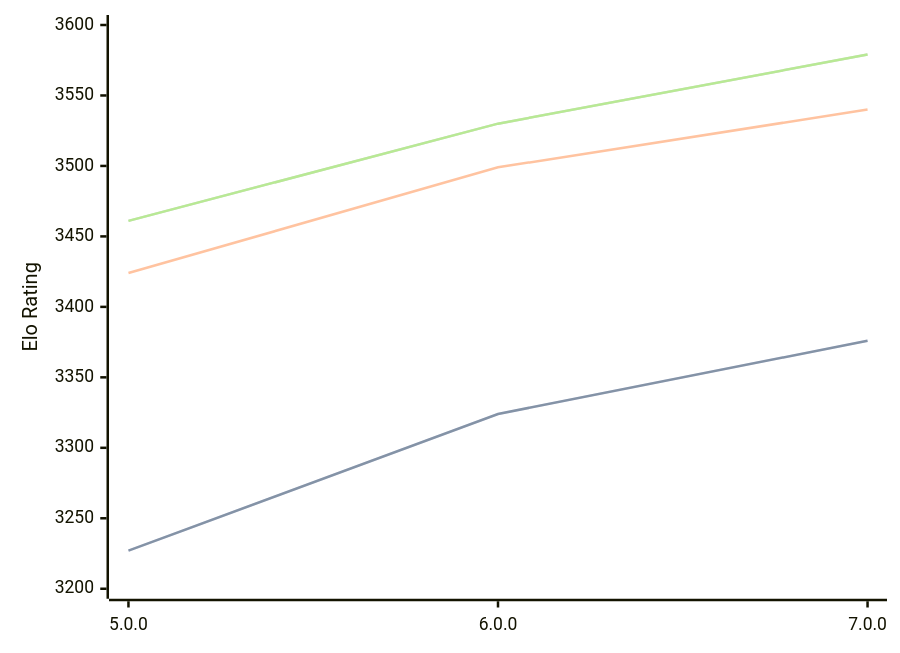
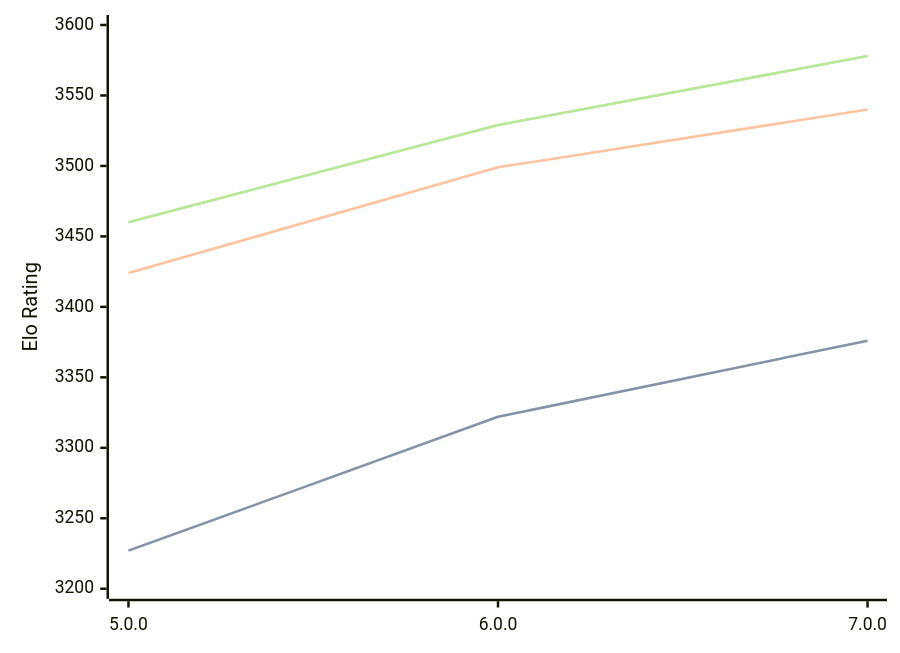
The diagram in engines/Stormphrax.md (computer-chess-index/cci), drawn with Mermaid before and after one commit. The commit also changed other lines of this file, not shown here.

Commit message:
Update CCI Ratings (ELO VLTC) - 2026-03-19

````diff
--- a/engines/Stormphrax.md
+++ b/engines/Stormphrax.md
@@ -36,11 +38,11 @@
 ```mermaid
 %%{init: {"theme":"base","themeVariables":{"seriesColors:['#a3a3a3','#222221','#faa371']}}}%%
 xychart-beta
   x-axis ["5.0.0", "6.0.0", "7.0.0"]
   y-axis "Elo Rating" 3200 --> 3600
-  line "STC (8.0+0.08s)" [3227, 3324, 3376]
-  line "STC (8.0+0.08s)" [3227, 3324, 3376]
+  line "STC (8.0+0.08s)" [3227, 3322, 3376]
+  line "STC (8.0+0.08s)" [3227, 3322, 3376]
   line "LTC (60.0+0.60s)" [3424, 3499, 3540]
-  line "VLTC (2m24s+1.12s)" [3461, 3530, 3579]
-  line "VLTC (2m24s+1.12s)" [3461, 3530, 3579]
+  line "VLTC (2m24s+1.12s)" [3460, 3529, 3578]
+  line "VLTC (2m24s+1.12s)" [3460, 3529, 3578]
 ```
````
